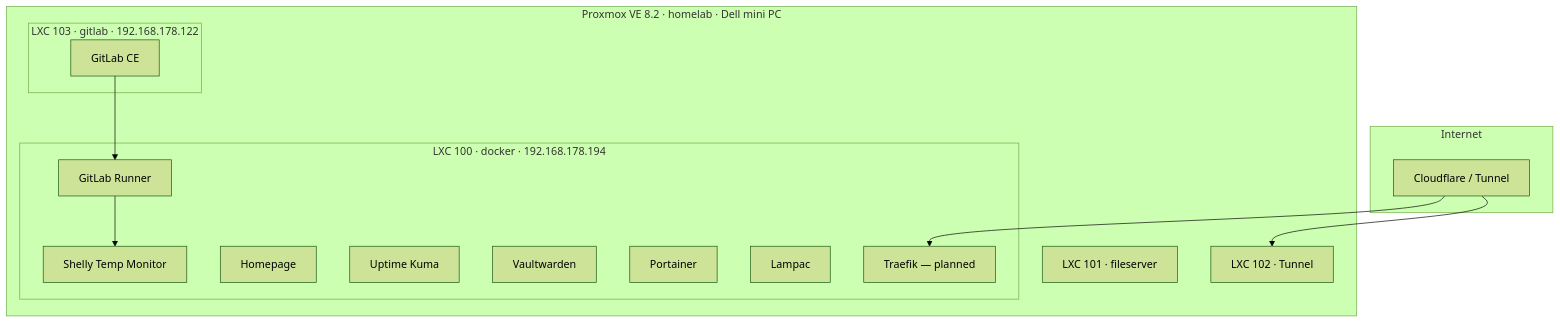
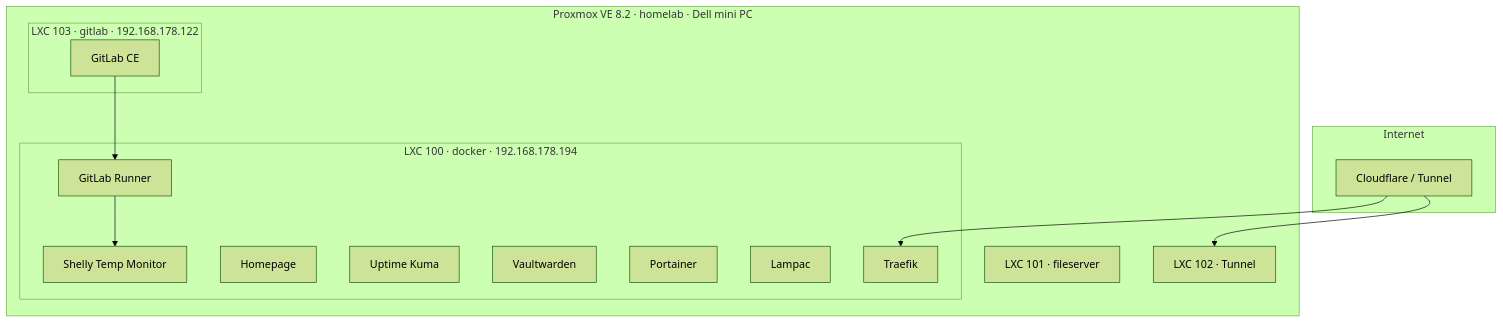
The diagram in README.md (k4bnv/homelab), drawn with Mermaid (forest theme) before and after one commit. The commit also changed other lines of this file and 1 other file, not shown here.

Commit message:
Update Homepage and README links to Traefik HTTPS subdomains

````diff
--- a/README.md
+++ b/README.md
@@ -10,29 +10,29 @@
 ```mermaid
 graph TB
     subgraph Internet
         CF[Cloudflare / Tunnel]
     end
 
     subgraph Proxmox["Proxmox VE 8.2 · homelab · Dell mini PC"]
         subgraph CT100["LXC 100 · docker · 192.168.178.194"]
-            TRAEFIK[Traefik — planned]
+            TRAEFIK[Traefik]
             HOMEPAGE[Homepage]
             UPTIME[Uptime Kuma]
             VAULT[Vaultwarden]
             PORTAINER[Portainer]
             LAMPAC[Lampac]
             SHELLY[Shelly Temp Monitor]
             RUNNER[GitLab Runner]
         end
         CT101["LXC 101 · fileserver"]
         CT102["LXC 102 · Tunnel"]
         subgraph CT103["LXC 103 · gitlab · 192.168.178.122"]
             GITLAB[GitLab CE]
         end
     end
 
     CF --> CT102
     CF --> TRAEFIK
     GITLAB --> RUNNER
     RUNNER --> SHELLY
 ```
````
